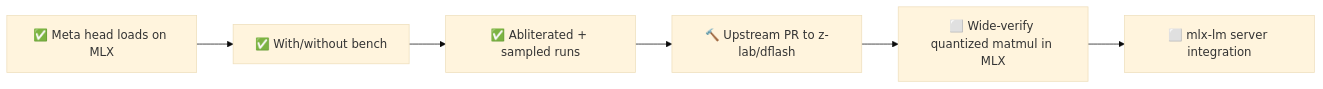
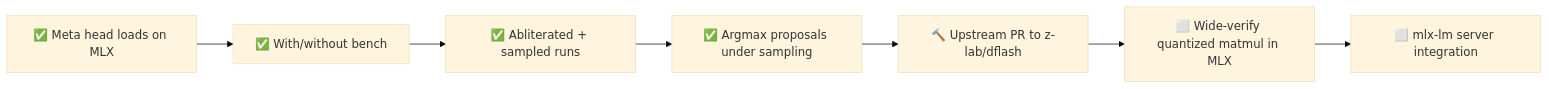
The third of 3 diagrams in README.md (shoemoney/dflash), drawn with Mermaid (base theme) before and after one commit. The commit also changed other lines of this file and 1 other file, not shown here.

Commit message:
docs: 🎲 sampling table after the argmax-proposal fix, Meta head 0.45x → 1.18x

````diff
--- a/README.md
+++ b/README.md
@@ -282,4 +285,4 @@
 ```mermaid
 flowchart LR
-    A[✅ Meta head loads on MLX] --> B[✅ With/without bench] --> C[✅ Abliterated + sampled runs] --> D[🔨 Upstream PR to z-lab/dflash] --> E[⬜ Wide-verify quantized matmul in MLX] --> F[⬜ mlx-lm server integration]
+    A[✅ Meta head loads on MLX] --> B[✅ With/without bench] --> C[✅ Abliterated + sampled runs] --> S[✅ Argmax proposals under sampling] --> D[🔨 Upstream PR to z-lab/dflash] --> E[⬜ Wide-verify quantized matmul in MLX] --> F[⬜ mlx-lm server integration]
 ```
````
